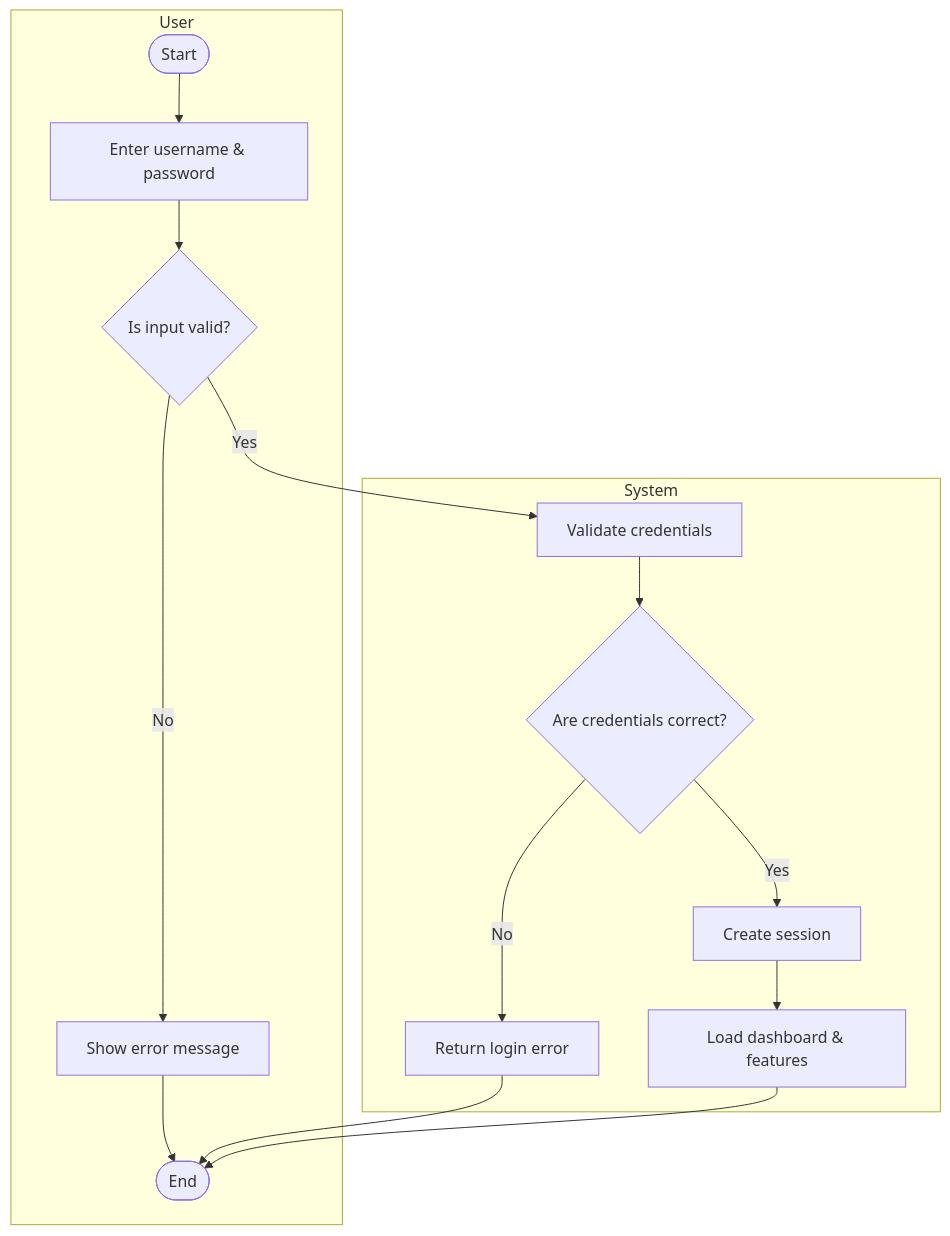
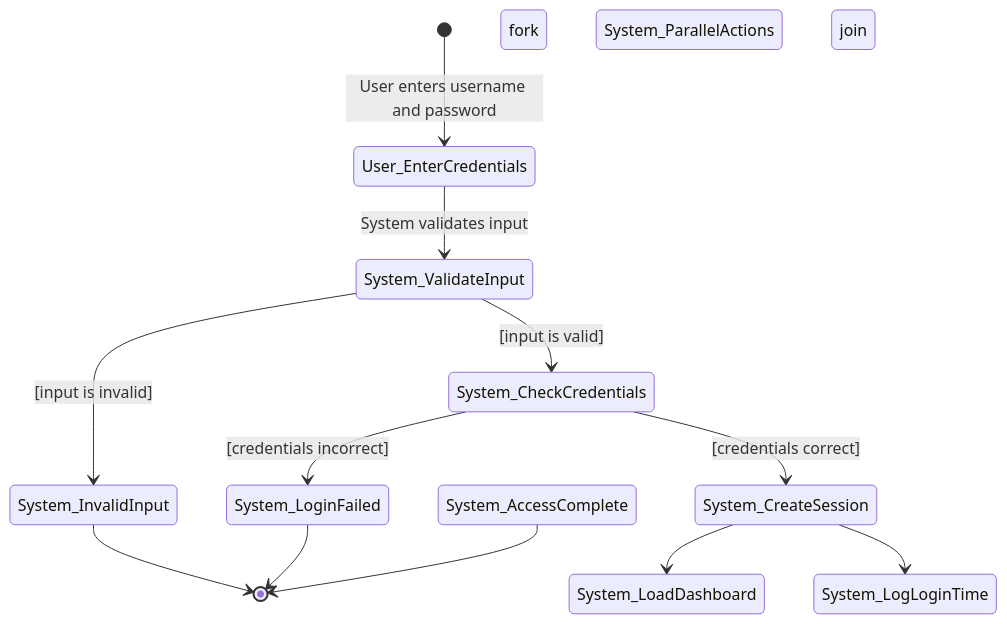
One commit to NdumisoCPUT/informal-business-management changed the diagram in Activity_diagrams.md. Above: the diagram before and after it, drawn with Mermaid. The commit also changed other lines of this file, not shown here.

````diff
--- a/Activity_diagrams.md
+++ b/Activity_diagrams.md
@@ -1,20 +1,21 @@
 ```mermaid
-%%{init: {'theme': 'default'}}%%
-flowchart TD
-    subgraph User
-        A1([Start]) --> A2[Enter username & password]
-        A2 --> A3{Is input valid?}
-        A3 -- No --> A4[Show error message]
-        A4 --> A9([End])
-    end
+stateDiagram-v2
+    [*] --> User_EnterCredentials : User enters username and password
+    User_EnterCredentials --> System_ValidateInput : System validates input
 
-    subgraph System
-        A3 -- Yes --> B1[Validate credentials]
-        B1 --> B2{Are credentials correct?}
-        B2 -- No --> B3[Return login error]
-        B3 --> A9
-        B2 -- Yes --> B4[Create session]
-        B4 --> B5[Load dashboard & features]
-        B5 --> A9
-    end
+    System_ValidateInput --> System_InvalidInput : [input is invalid]
+    System_InvalidInput --> [*]
+
+    System_ValidateInput --> System_CheckCredentials : [input is valid]
+    System_CheckCredentials --> System_LoginFailed : [credentials incorrect]
+    System_LoginFailed --> [*]
+
+    System_CheckCredentials --> System_CreateSession : [credentials correct]
+
+    fork System_ParallelActions
+        System_CreateSession --> System_LoadDashboard
+        System_CreateSession --> System_LogLoginTime
+    join System_AccessComplete
+
+    System_AccessComplete --> [*]
 ```
````
